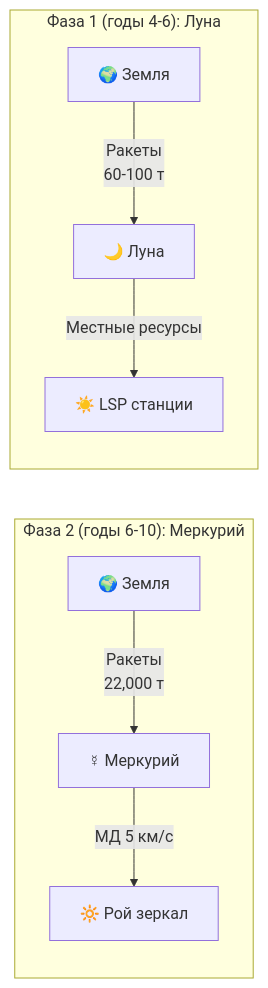
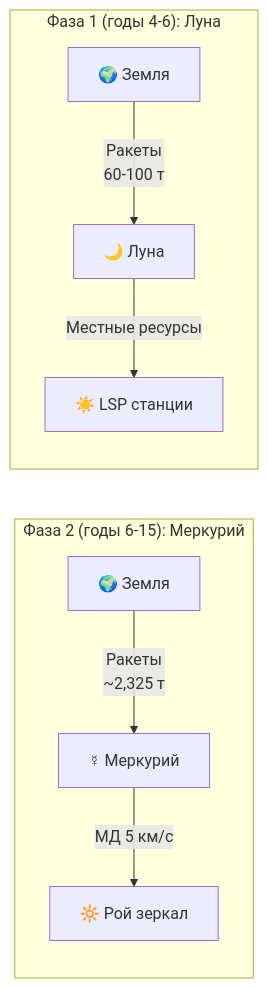
Before and after one commit to DmitryNasikanov/infinite-energy: the first of 3 diagrams in ru/science/detailed/delivery.qmd, drawn with Mermaid. The commit also changed other lines of this file and 39 other files, not shown here.

````diff
--- a/ru/science/detailed/delivery.qmd
+++ b/ru/science/detailed/delivery.qmd
@@ -95,13 +96,13 @@
 ```{mermaid}
 %%| fig-width: 8
 flowchart LR
-    subgraph "Фаза 2 (годы 6-10): Меркурий"
-        E2[🌍 Земля] -->|"Ракеты<br>22,000 т"| M[☿ Меркурий]
+    subgraph "Фаза 2 (годы 6-15): Меркурий"
+        E2[🌍 Земля] -->|"Ракеты<br>~2,325 т"| M[☿ Меркурий]
         M -->|"МД 5 км/с"| R[🔆 Рой зеркал]
     end
 
     subgraph "Фаза 1 (годы 4-6): Луна"
         E1[🌍 Земля] -->|"Ракеты<br>60-100 т"| L[🌙 Луна]
         L -->|"Местные ресурсы"| LSP[☀️ LSP станции]
     end
 ```
````
